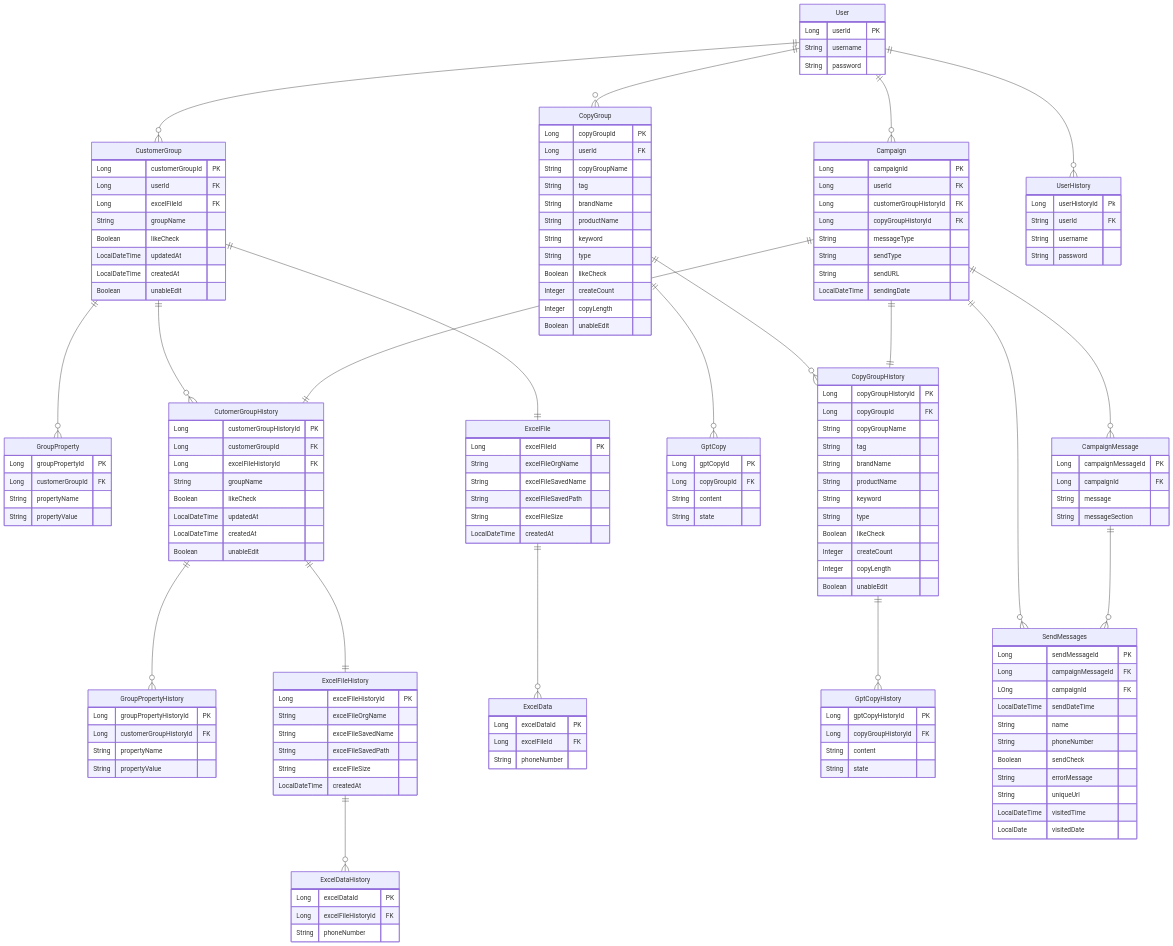
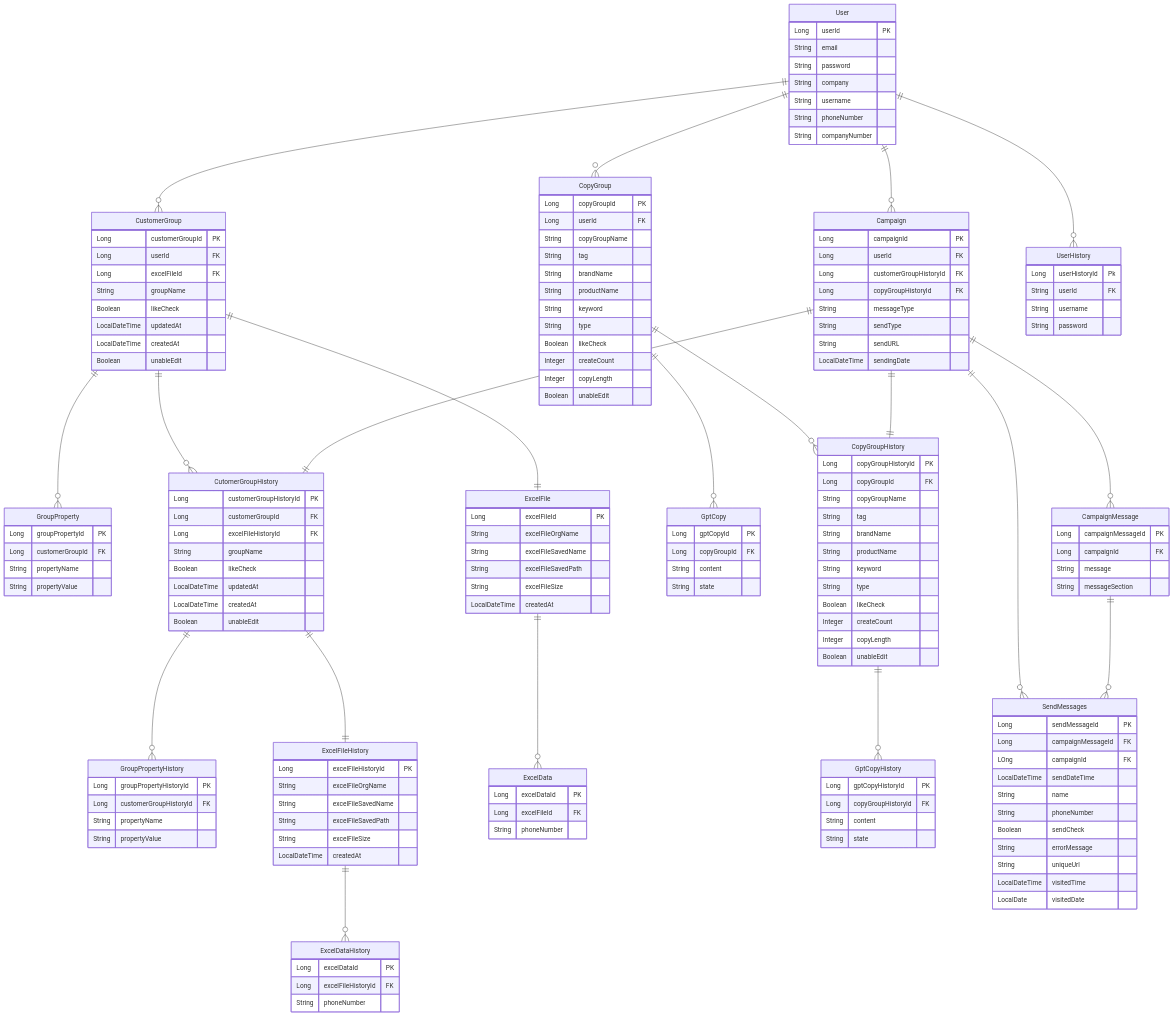
Before and after one commit to swcamp-teamP03/Backend: the diagram in README.md, drawn with Mermaid.

```diff
--- a/README.md
+++ b/README.md
@@ -108,8 +108,13 @@
 
 	User {
 		Long userId PK
+		String email
+		String password
+		String company
 		String username
-		String password
+		String phoneNumber
+		String companyNumber
+		
 	}
 	UserHistory{
 		Long userHistoryId Pk
```
